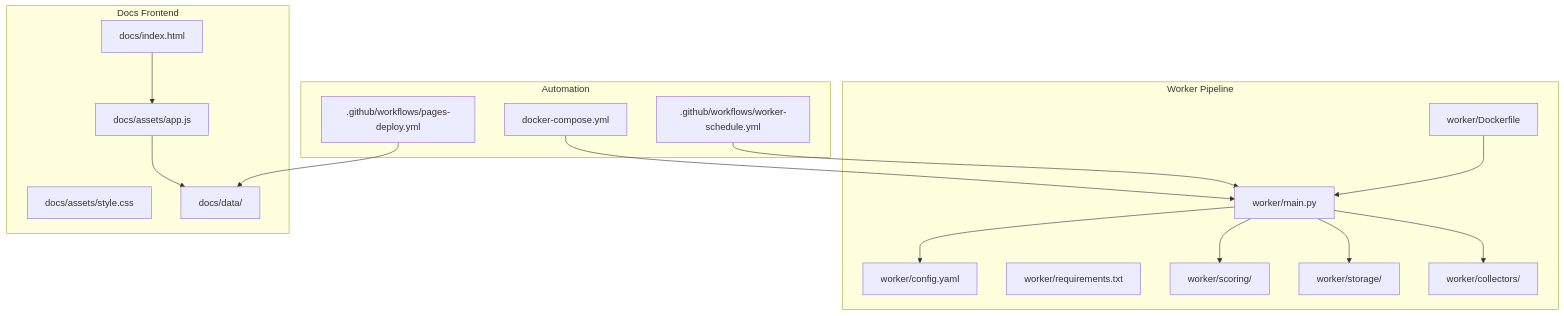
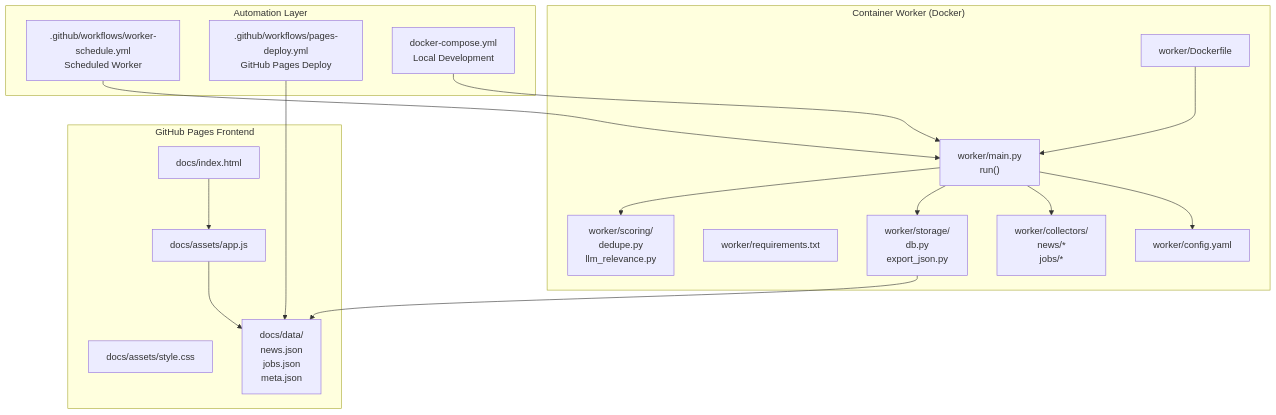
Before and after one commit to shakthi-vinayak/news: the first of 4 diagrams in .qoder/repowiki/en/content/Project Overview/Project Overview.md, drawn with Mermaid. The commit also changed other lines of this file and 32 other files, not shown here.

````diff
--- a/.qoder/repowiki/en/content/Project Overview/Project Overview.md
+++ b/.qoder/repowiki/en/content/Project Overview/Project Overview.md
@@ -58,33 +70,34 @@
 ```mermaid
 graph TB
-subgraph "Worker Pipeline"
-WMain["worker/main.py"]
+subgraph "Container Worker (Docker)"
+WMain["worker/main.py<br/>run()"]
 WCfg["worker/config.yaml"]
 WDocker["worker/Dockerfile"]
 WReq["worker/requirements.txt"]
-WScoring["worker/scoring/"]
-WStorage["worker/storage/"]
-WCollectors["worker/collectors/"]
+WScoring["worker/scoring/<br/>dedupe.py<br/>llm_relevance.py"]
+WStorage["worker/storage/<br/>db.py<br/>export_json.py"]
+WCollectors["worker/collectors/<br/>news/*<br/>jobs/*"]
 end
-subgraph "Docs Frontend"
+subgraph "GitHub Pages Frontend"
 DIndex["docs/index.html"]
 DJS["docs/assets/app.js"]
 DCSS["docs/assets/style.css"]
-DData["docs/data/"]
+DData["docs/data/<br/>news.json<br/>jobs.json<br/>meta.json"]
 end
-subgraph "Automation"
-GA1[".github/workflows/worker-schedule.yml"]
-GA2[".github/workflows/pages-deploy.yml"]
-DCmp["docker-compose.yml"]
+subgraph "Automation Layer"
+GA1[".github/workflows/worker-schedule.yml<br/>Scheduled Worker"]
+GA2[".github/workflows/pages-deploy.yml<br/>GitHub Pages Deploy"]
+DCmp["docker-compose.yml<br/>Local Development"]
 end
 WMain --> WScoring
 WMain --> WStorage
 WMain --> WCollectors
 WMain --> WCfg
 WDocker --> WMain
 GA1 --> WMain
 GA2 --> DData
 DCmp --> WMain
 DIndex --> DJS
 DJS --> DData
+WStorage --> DData
 ```
````
